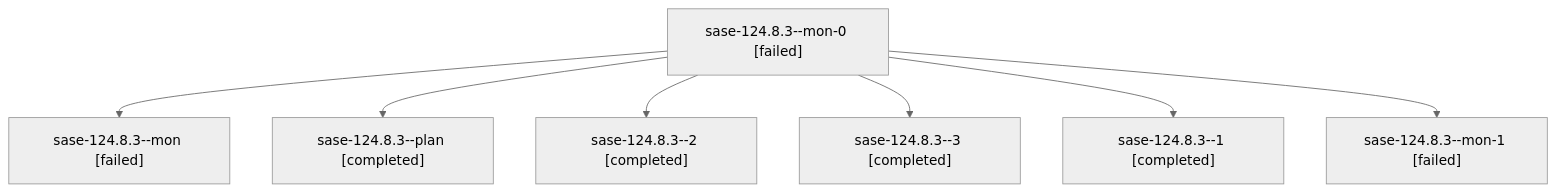
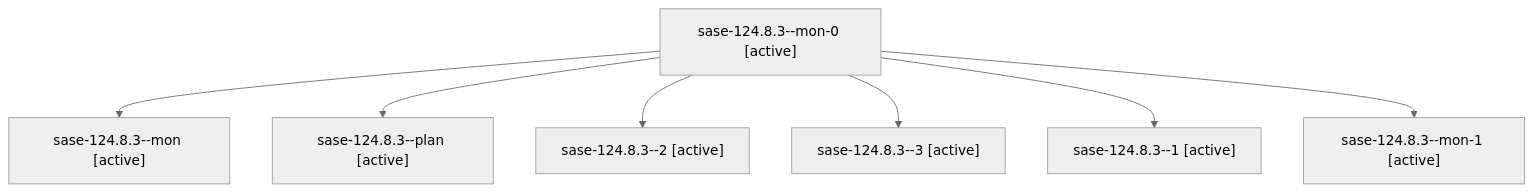
Before and after one commit to sase-org/sase--agents: the diagram in families/bbugyi200.athena.sase-124.8.3.md, drawn with Mermaid (neutral theme). The commit also changed other lines of this file and 35830 other files, not shown here.

````diff
--- a/families/bbugyi200.athena.sase-124.8.3.md
+++ b/families/bbugyi200.athena.sase-124.8.3.md
@@ -9,16 +9,16 @@
 ```mermaid
 flowchart TD
-  n0["sase-124.8.3--mon-0 [failed]"]
-  n1["sase-124.8.3--mon [failed]"]
+  n0["sase-124.8.3--mon-0 [active]"]
+  n1["sase-124.8.3--mon [active]"]
   n0 --> n1
-  n2["sase-124.8.3--plan [completed]"]
+  n2["sase-124.8.3--plan [active]"]
   n0 --> n2
-  n3["sase-124.8.3--2 [completed]"]
+  n3["sase-124.8.3--2 [active]"]
   n0 --> n3
-  n4["sase-124.8.3--3 [completed]"]
+  n4["sase-124.8.3--3 [active]"]
   n0 --> n4
-  n5["sase-124.8.3--1 [completed]"]
+  n5["sase-124.8.3--1 [active]"]
   n0 --> n5
-  n6["sase-124.8.3--mon-1 [failed]"]
+  n6["sase-124.8.3--mon-1 [active]"]
   n0 --> n6
 ```
````
